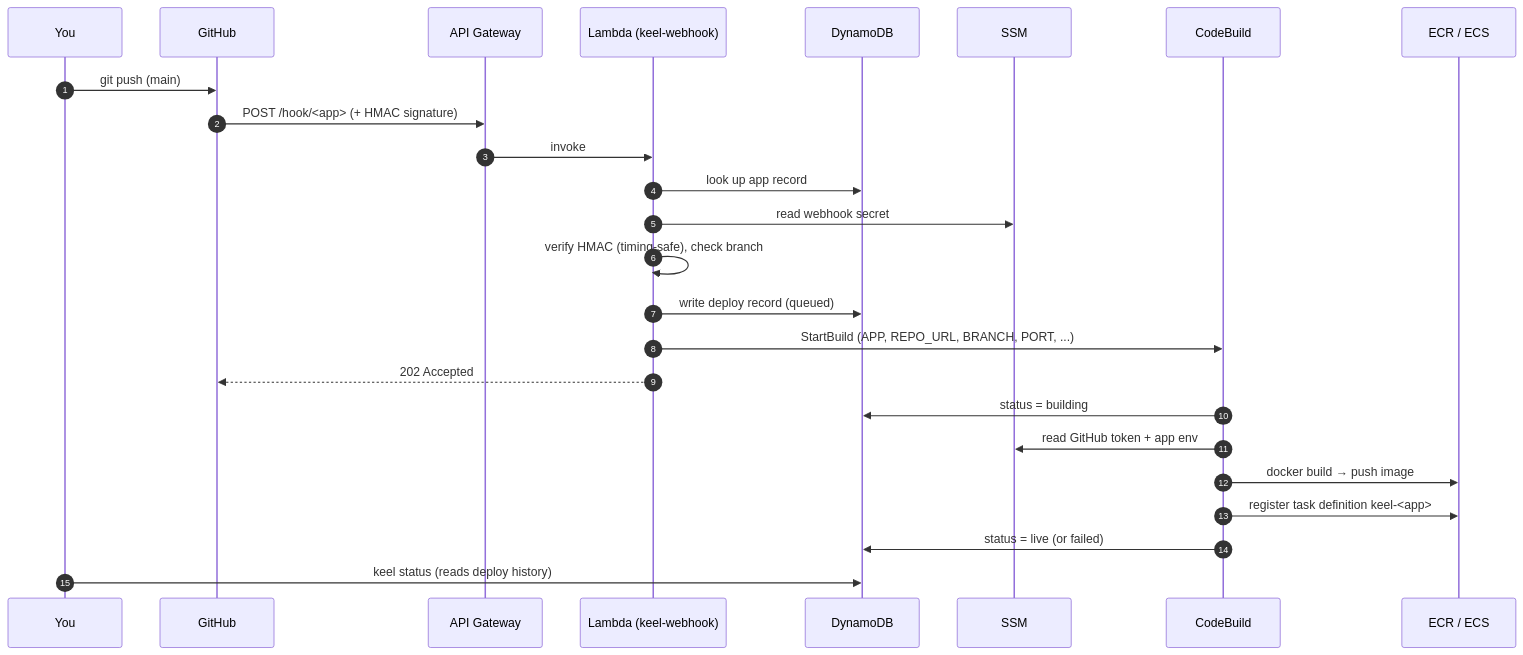
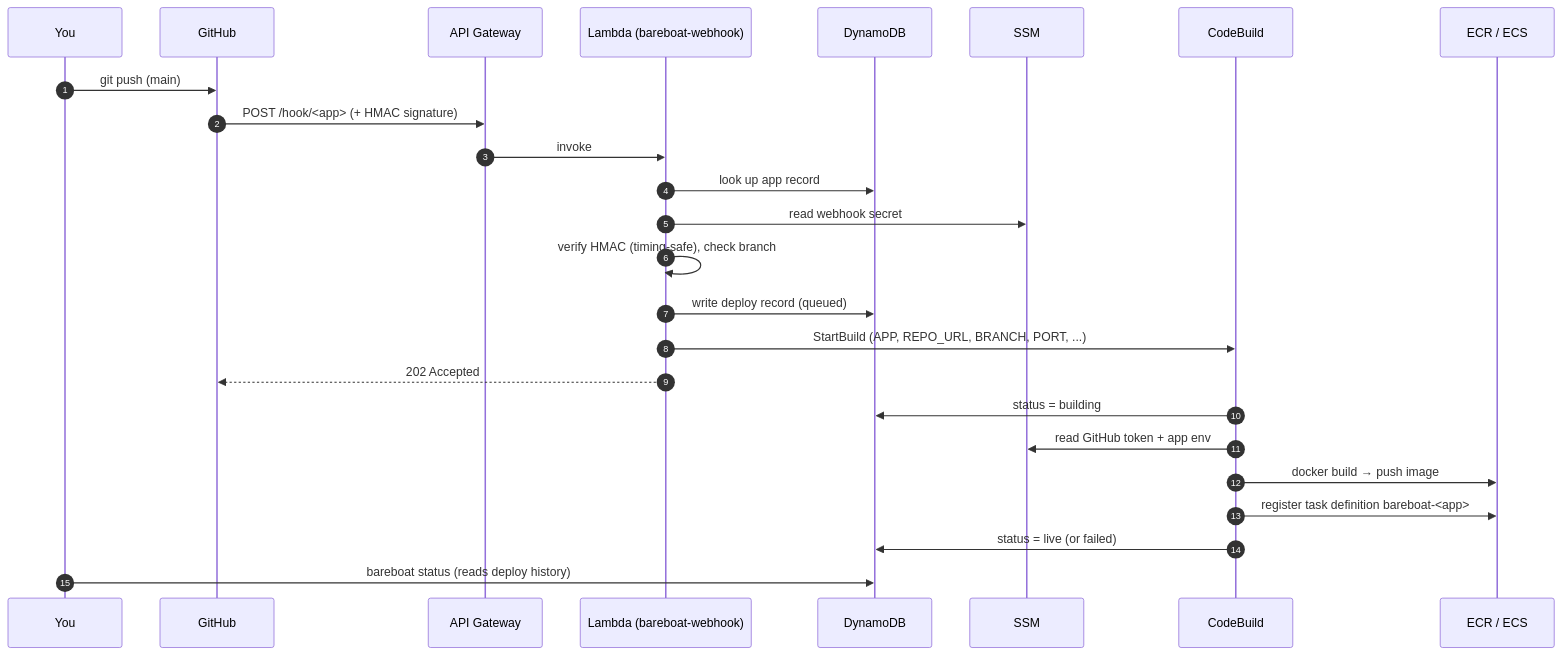
One commit to mayurmaed/keel changed the second of 3 diagrams in docs/GUIDE.md. Above: the diagram before and after it, drawn with Mermaid. The commit also changed other lines of this file and 59 other files, not shown here.

First line of the commit message:
rename: keel -> bareboat

````diff
--- a/docs/GUIDE.md
+++ b/docs/GUIDE.md
@@ -85,28 +85,28 @@
 ```mermaid
 sequenceDiagram
     autonumber
     participant Dev as You
     participant GH as GitHub
     participant API as API Gateway
-    participant Lam as Lambda (keel-webhook)
+    participant Lam as Lambda (bareboat-webhook)
     participant DDB as DynamoDB
     participant SSM as SSM
     participant CB as CodeBuild
     participant ECR as ECR / ECS
 
     Dev->>GH: git push (main)
     GH->>API: POST /hook/<app> (+ HMAC signature)
     API->>Lam: invoke
     Lam->>DDB: look up app record
     Lam->>SSM: read webhook secret
     Lam->>Lam: verify HMAC (timing-safe), check branch
     Lam->>DDB: write deploy record (queued)
     Lam->>CB: StartBuild (APP, REPO_URL, BRANCH, PORT, ...)
     Lam-->>GH: 202 Accepted
     CB->>DDB: status = building
     CB->>SSM: read GitHub token + app env
     CB->>ECR: docker build → push image
-    CB->>ECR: register task definition keel-<app>
+    CB->>ECR: register task definition bareboat-<app>
     CB->>DDB: status = live (or failed)
-    Dev->>DDB: keel status (reads deploy history)
+    Dev->>DDB: bareboat status (reads deploy history)
 ```
````
